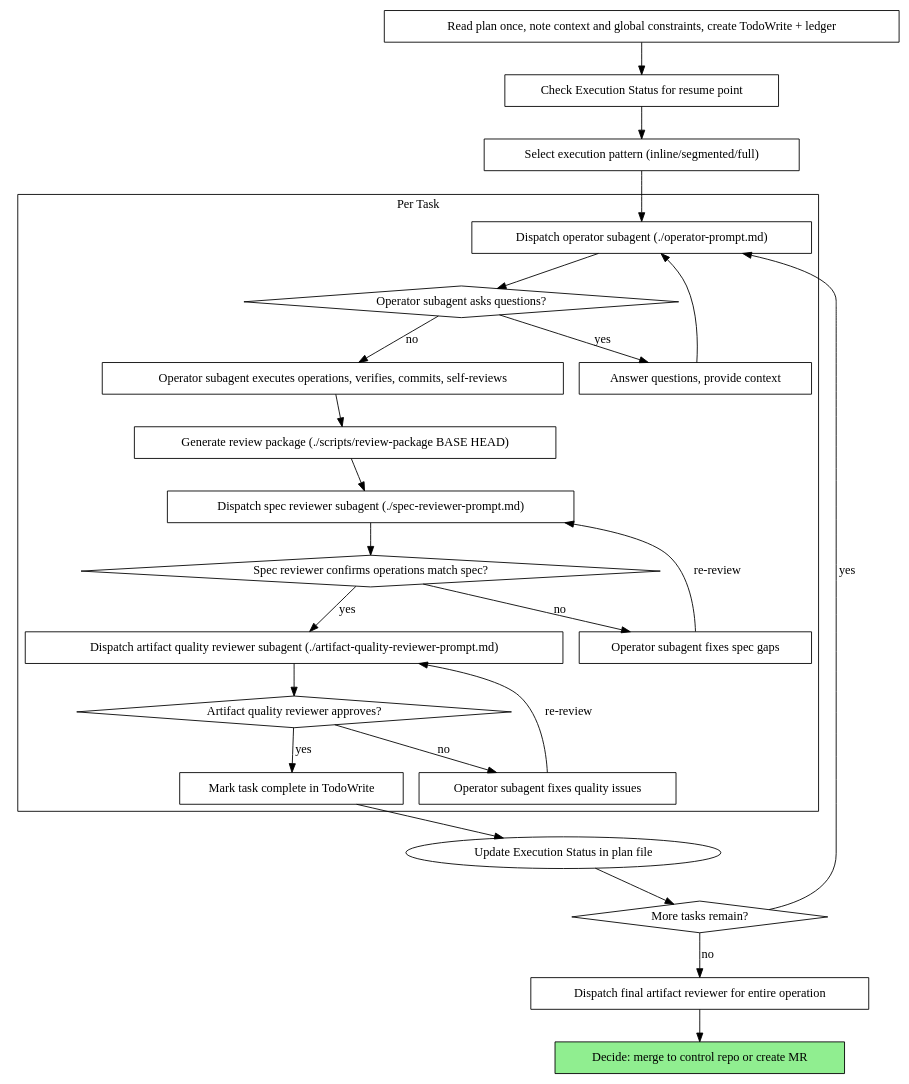
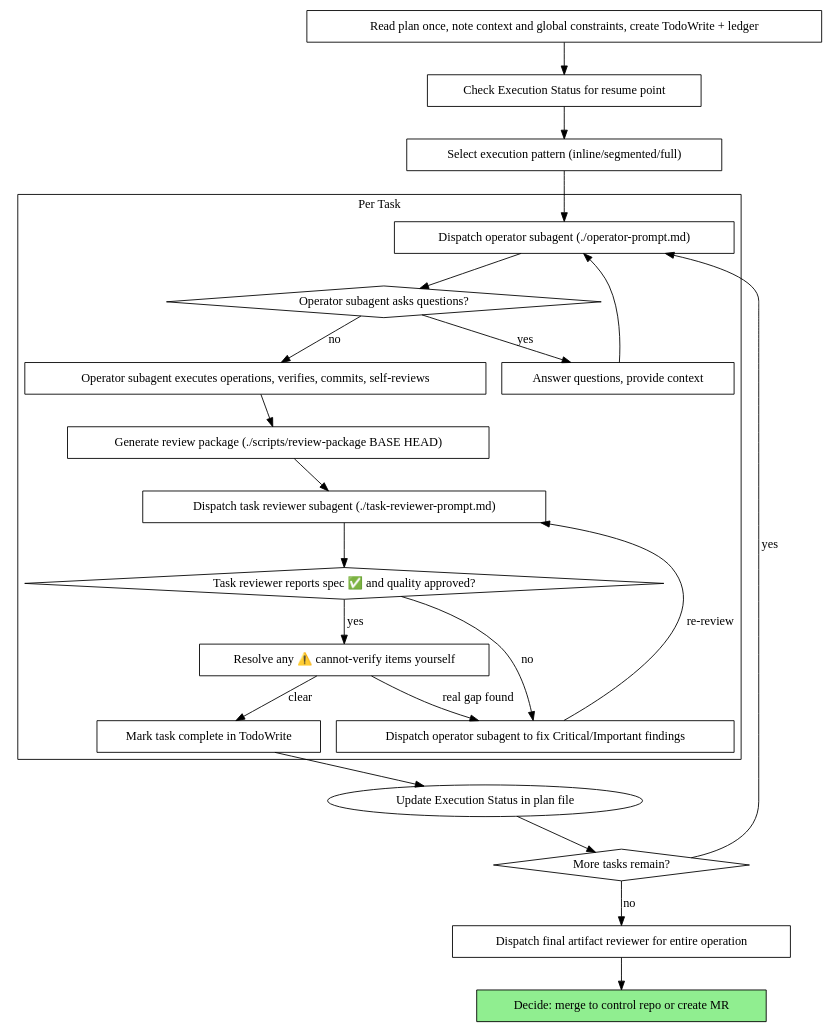
Before and after one commit to yg-codes/srepowers: the second of 2 diagrams in plugins/srepowers-core/skills/subagent-driven-operation/SKILL.md, drawn with Graphviz. The commit also changed other lines of this file and 66 other files, not shown here.

````diff
--- a/plugins/srepowers-core/skills/subagent-driven-operation/SKILL.md
+++ b/plugins/srepowers-core/skills/subagent-driven-operation/SKILL.md
@@ -109,51 +109,47 @@
 ```dot
 digraph process {
     rankdir=TB;
 
     subgraph cluster_per_task {
         label="Per Task";
         "Dispatch operator subagent (./operator-prompt.md)" [shape=box];
         "Operator subagent asks questions?" [shape=diamond];
         "Answer questions, provide context" [shape=box];
         "Operator subagent executes operations, verifies, commits, self-reviews" [shape=box];
         "Generate review package (./scripts/review-package BASE HEAD)" [shape=box];
-        "Dispatch spec reviewer subagent (./spec-reviewer-prompt.md)" [shape=box];
-        "Spec reviewer confirms operations match spec?" [shape=diamond];
-        "Operator subagent fixes spec gaps" [shape=box];
-        "Dispatch artifact quality reviewer subagent (./artifact-quality-reviewer-prompt.md)" [shape=box];
-        "Artifact quality reviewer approves?" [shape=diamond];
-        "Operator subagent fixes quality issues" [shape=box];
+        "Dispatch task reviewer subagent (./task-reviewer-prompt.md)" [shape=box];
+        "Task reviewer reports spec ✅ and quality approved?" [shape=diamond];
+        "Resolve any ⚠️ cannot-verify items yourself" [shape=box];
+        "Dispatch operator subagent to fix Critical/Important findings" [shape=box];
         "Mark task complete in TodoWrite" [shape=box];
     }
 
     "Read plan once, note context and global constraints, create TodoWrite + ledger" [shape=box];
     "Check Execution Status for resume point" [shape=box];
     "Select execution pattern (inline/segmented/full)" [shape=box];
     "More tasks remain?" [shape=diamond];
     "Dispatch final artifact reviewer for entire operation" [shape=box];
     "Decide: merge to control repo or create MR" [shape=box style=filled fillcolor=lightgreen];
 
     "Read plan once, note context and global constraints, create TodoWrite + ledger" -> "Check Execution Status for resume point";
     "Check Execution Status for resume point" -> "Select execution pattern (inline/segmented/full)";
     "Select execution pattern (inline/segmented/full)" -> "Dispatch operator subagent (./operator-prompt.md)";
     "Dispatch operator subagent (./operator-prompt.md)" -> "Operator subagent asks questions?";
     "Operator subagent asks questions?" -> "Answer questions, provide context" [label="yes"];
     "Answer questions, provide context" -> "Dispatch operator subagent (./operator-prompt.md)";
     "Operator subagent asks questions?" -> "Operator subagent executes operations, verifies, commits, self-reviews" [label="no"];
     "Operator subagent executes operations, verifies, commits, self-reviews" -> "Generate review package (./scripts/review-package BASE HEAD)";
-    "Generate review package (./scripts/review-package BASE HEAD)" -> "Dispatch spec reviewer subagent (./spec-reviewer-prompt.md)";
-    "Dispatch spec reviewer subagent (./spec-reviewer-prompt.md)" -> "Spec reviewer confirms operations match spec?";
-    "Spec reviewer confirms operations match spec?" -> "Operator subagent fixes spec gaps" [label="no"];
-    "Operator subagent fixes spec gaps" -> "Dispatch spec reviewer subagent (./spec-reviewer-prompt.md)" [label="re-review"];
-    "Spec reviewer confirms operations match spec?" -> "Dispatch artifact quality reviewer subagent (./artifact-quality-reviewer-prompt.md)" [label="yes"];
-    "Dispatch artifact quality reviewer subagent (./artifact-quality-reviewer-prompt.md)" -> "Artifact quality reviewer approves?";
-    "Artifact quality reviewer approves?" -> "Operator subagent fixes quality issues" [label="no"];
-    "Operator subagent fixes quality issues" -> "Dispatch artifact quality reviewer subagent (./artifact-quality-reviewer-prompt.md)" [label="re-review"];
-    "Artifact quality reviewer approves?" -> "Mark task complete in TodoWrite" [label="yes"];
+    "Generate review package (./scripts/review-package BASE HEAD)" -> "Dispatch task reviewer subagent (./task-reviewer-prompt.md)";
+    "Dispatch task reviewer subagent (./task-reviewer-prompt.md)" -> "Task reviewer reports spec ✅ and quality approved?";
+    "Task reviewer reports spec ✅ and quality approved?" -> "Dispatch operator subagent to fix Critical/Important findings" [label="no"];
+    "Dispatch operator subagent to fix Critical/Important findings" -> "Dispatch task reviewer subagent (./task-reviewer-prompt.md)" [label="re-review"];
+    "Task reviewer reports spec ✅ and quality approved?" -> "Resolve any ⚠️ cannot-verify items yourself" [label="yes"];
+    "Resolve any ⚠️ cannot-verify items yourself" -> "Dispatch operator subagent to fix Critical/Important findings" [label="real gap found"];
+    "Resolve any ⚠️ cannot-verify items yourself" -> "Mark task complete in TodoWrite" [label="clear"];
     "Mark task complete in TodoWrite" -> "Update Execution Status in plan file";
     "Update Execution Status in plan file" -> "More tasks remain?";
     "More tasks remain?" -> "Dispatch operator subagent (./operator-prompt.md)" [label="yes"];
     "More tasks remain?" -> "Dispatch final artifact reviewer for entire operation" [label="no"];
     "Dispatch final artifact reviewer for entire operation" -> "Decide: merge to control repo or create MR";
 }
 ```
````
